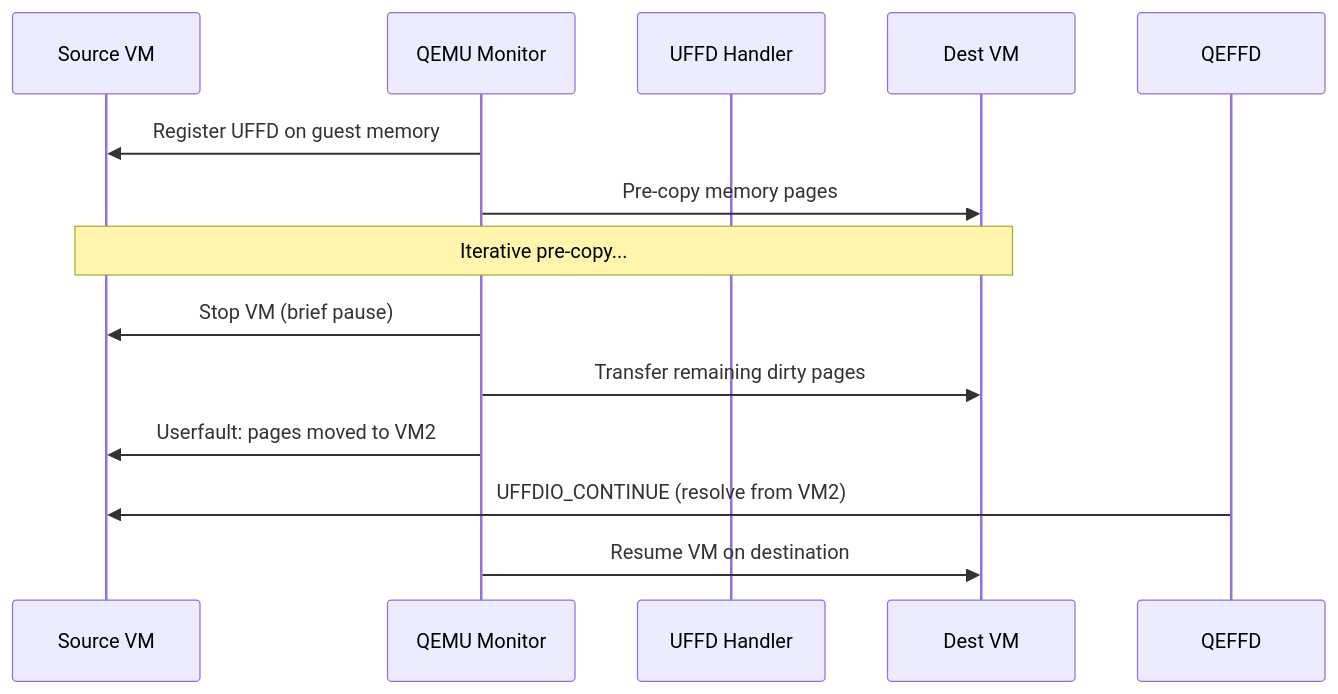
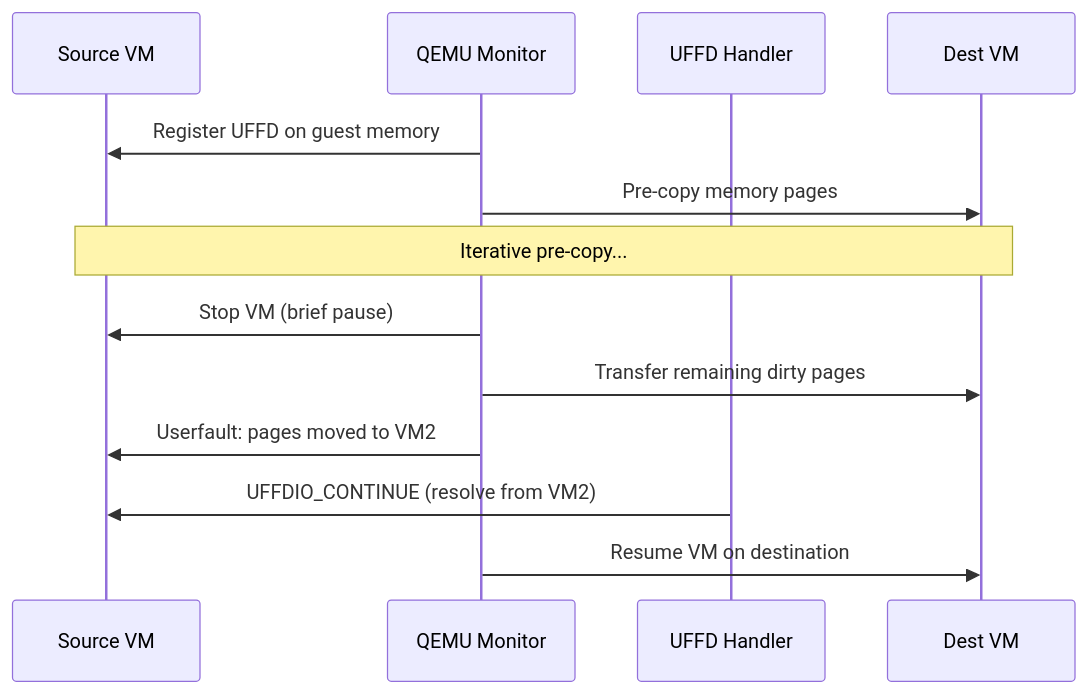
Before and after one commit to Abhinav-Kumar012/lb2: the third of 3 diagrams in src/kernel/memory/userfaultfd.md, drawn with Mermaid. The commit also changed other lines of this file, not shown here.

````diff
--- a/src/kernel/memory/userfaultfd.md
+++ b/src/kernel/memory/userfaultfd.md
@@ -113,16 +440,16 @@
 ```mermaid
 sequenceDiagram
     participant VM1 as Source VM
     participant QEMU as QEMU Monitor
     participant UFFD as UFFD Handler
     participant VM2 as Dest VM
 
     QEMU->>VM1: Register UFFD on guest memory
     QEMU->>VM2: Pre-copy memory pages
     Note over VM1,VM2: Iterative pre-copy...
     QEMU->>VM1: Stop VM (brief pause)
     QEMU->>VM2: Transfer remaining dirty pages
     QEMU->>VM1: Userfault: pages moved to VM2
-    QEFFD->>VM1: UFFDIO_CONTINUE (resolve from VM2)
+    UFFD->>VM1: UFFDIO_CONTINUE (resolve from VM2)
     QEMU->>VM2: Resume VM on destination
 ```
````
